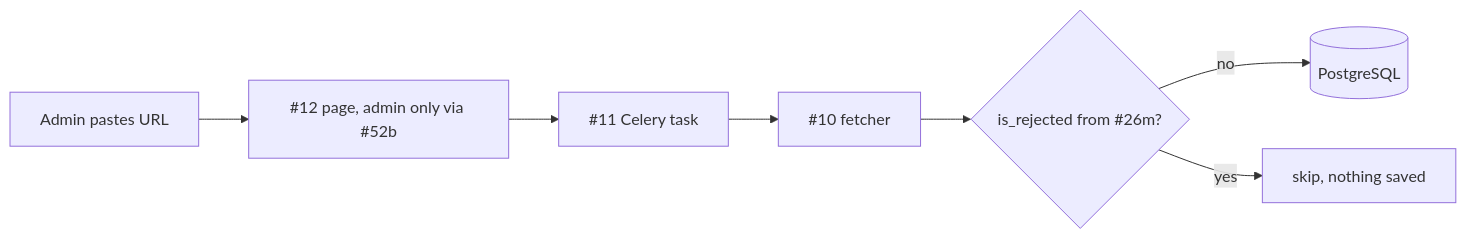
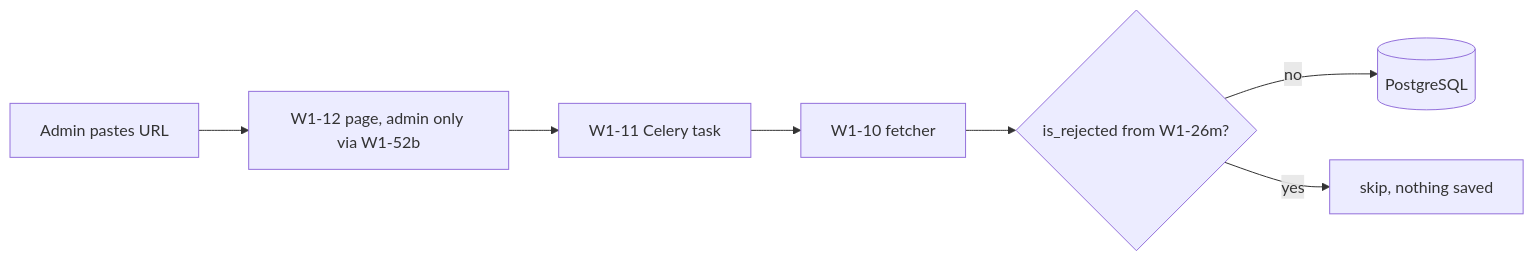
One commit to Stihotvor/law_by_ai changed the second of 9 diagrams in docs/design/wave1-mvp/dag.md. Above: the diagram before and after it, drawn with Mermaid. The commit also changed other lines of this file and 15 other files, not shown here.

````diff
--- a/docs/design/wave1-mvp/dag.md
+++ b/docs/design/wave1-mvp/dag.md
@@ -155,6 +155,6 @@
 ```mermaid
 graph LR
-  U[Admin pastes URL] --> P[#12 page, admin only via #52b] --> C[#11 Celery task] --> A[#10 fetcher] --> IR{is_rejected from #26m?}
+  U[Admin pastes URL] --> P[W1-12 page, admin only via W1-52b] --> C[W1-11 Celery task] --> A[W1-10 fetcher] --> IR{is_rejected from W1-26m?}
   IR -->|no| DB[(PostgreSQL)]
   IR -->|yes| SK[skip, nothing saved]
 ```
````
